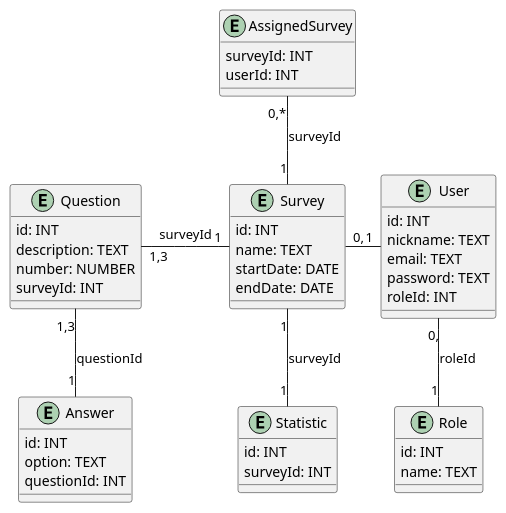
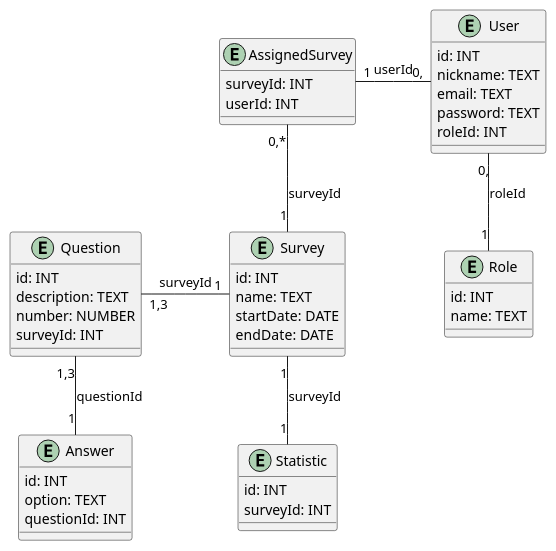
Before and after one commit to Oksuzova/db-course-theme1: the second of 2 diagrams in docs/design/README.md, drawn with PlantUML. The commit also changed other lines of this file and 2 other files, not shown here.

Commit message:
add relational schema for lab 4 and MySQL Workbench Forward Engineering for lab 5

```diff
--- a/docs/design/README.md
+++ b/docs/design/README.md
@@ -92,53 +92,53 @@
 @startuml
 
 entity Role {
 id: INT
 name: TEXT
 }
 
 entity User {
 id: INT
 nickname: TEXT
 email: TEXT
 password: TEXT
 roleId: INT
 }
 
 entity Survey {
 id: INT
 name: TEXT
 startDate: DATE
 endDate: DATE
 }
 
 entity AssignedSurvey {
 surveyId: INT
 userId: INT
 }
 
 entity Question {
 id: INT
 description: TEXT
 number: NUMBER
 surveyId: INT
 }
 
 entity Answer {
 id: INT
 option: TEXT
 questionId: INT
 }
 
 entity Statistic {
 id: INT
 surveyId: INT
 }
 
 User "0," -d- "1" Role : roleId
-Survey "0," -r- "1" User
+User "0," -l- "1" AssignedSurvey : userId
 Survey "1" -l- "1,3" Question : surveyId
 Survey "1" -u- "0,*" AssignedSurvey : surveyId
 Question "1,3" -- "1" Answer : questionId
 Survey "1" -- "1" Statistic : surveyId
 
 @enduml
```
